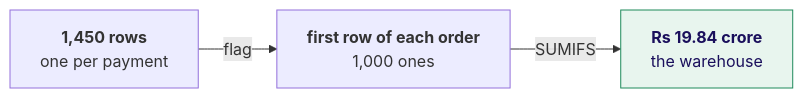
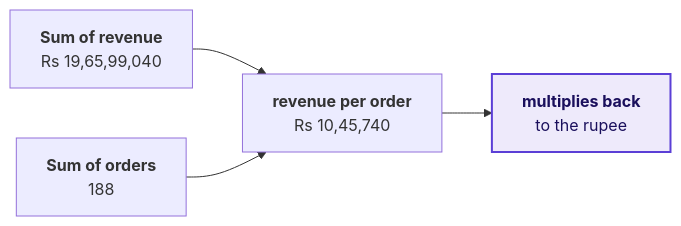
The eighth of 26 diagrams in content/W02/D5/slides/C2_W02_D05_half1_STUDENT.md (fde-academy-lab/c2-content-factory), drawn with Mermaid before and after one commit. The commit also changed other lines of this file and 5 other files, not shown here.

````diff
--- a/content/W02/D5/slides/C2_W02_D05_half1_STUDENT.md
+++ b/content/W02/D5/slides/C2_W02_D05_half1_STUDENT.md
@@ -324,7 +377,8 @@
 ```mermaid
 flowchart LR
-    A["<b>1,450 rows</b><br/>one per payment"] -->|"flag"| B["<b>first row of each order</b><br/>1,000 ones"]
-    B -->|"SUMIFS"| C["<b>Rs 19.84 crore</b><br/>the warehouse"]
-    classDef good fill:#E8F5EE,stroke:#1F8A5B,color:#1A0F5C
-    class C good
+    S["<b>Sum of revenue</b><br/>Rs 19,65,99,040"] --> L["<b>revenue per order</b><br/>Rs 10,45,740"]
+    O["<b>Sum of orders</b><br/>188"] --> L
+    L --> M["<b>multiplies back</b><br/>to the rupee"]
+    classDef known fill:#EEEAFB,stroke:#5B3FD6,color:#1A0F5C,stroke-width:2px
+    class M known
 ```
````
